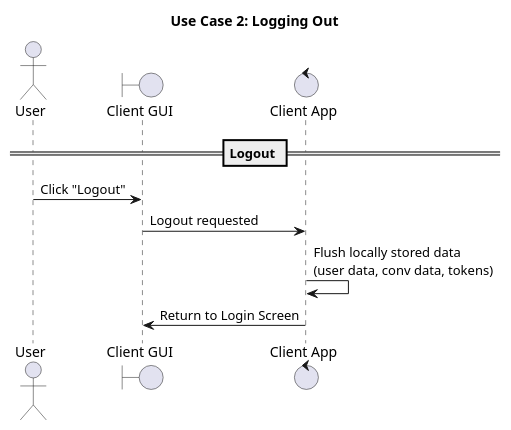
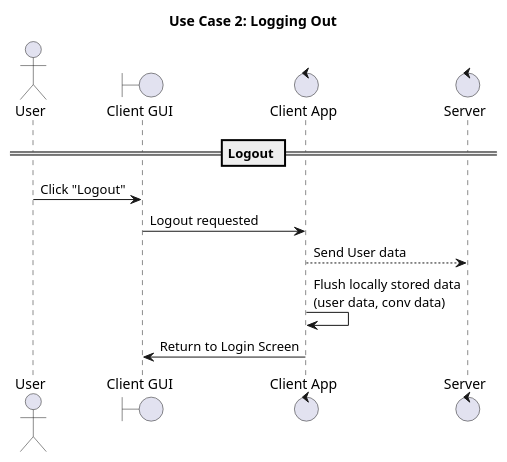
The diagram in docs/diagrams/SequenceDiagrams/2-Logout.puml (NubezVilla/CS_401_Group_1), drawn with PlantUML before and after one commit.

```diff
--- a/docs/diagrams/SequenceDiagrams/2-Logout.puml
+++ b/docs/diagrams/SequenceDiagrams/2-Logout.puml
@@ -1,14 +1,15 @@
 @startuml
 title Use Case 2: Logging Out
 
 actor User
 boundary GUI as "Client GUI"
 control Client as "Client App"
+control Server as "Server"
 
 == Logout ==
 User -> GUI: Click "Logout"
 GUI -> Client: Logout requested
-
-Client -> Client: Flush locally stored data\n(user data, conv data, tokens)
+Client --> Server: Send User data
+Client -> Client: Flush locally stored data\n(user data, conv data)
 Client -> GUI: Return to Login Screen
 @enduml
```
